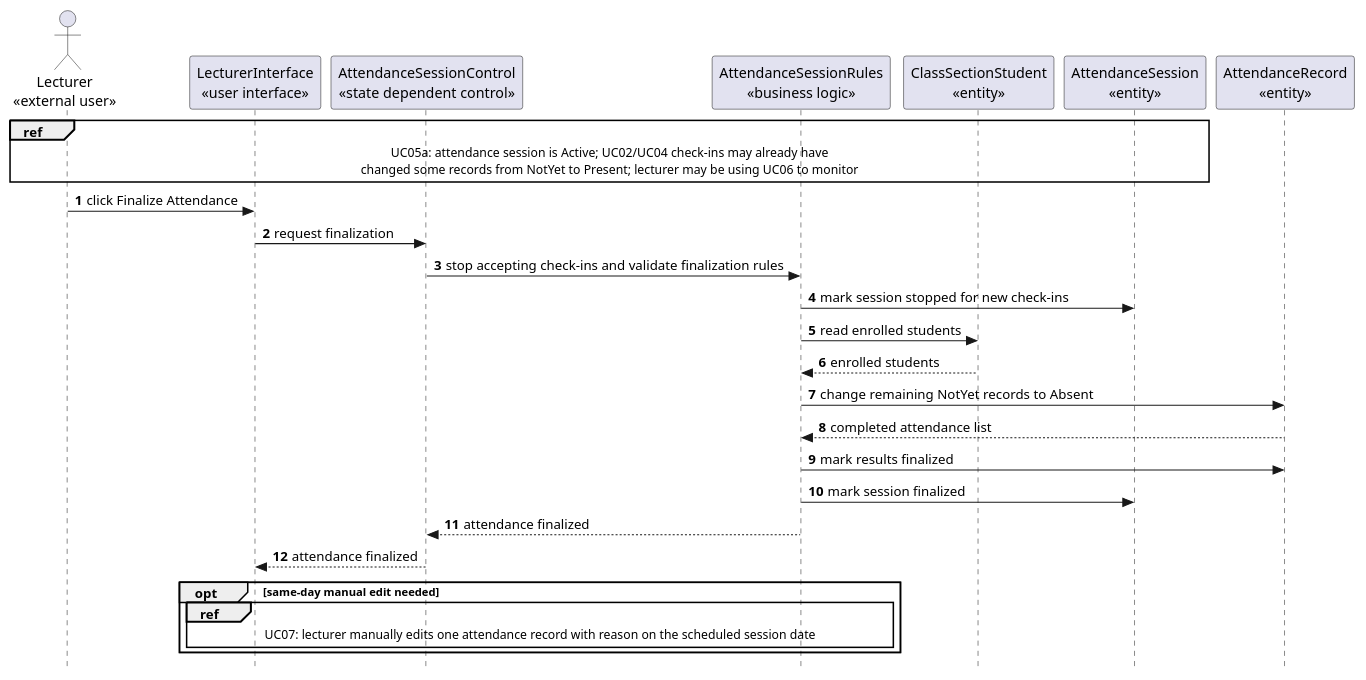
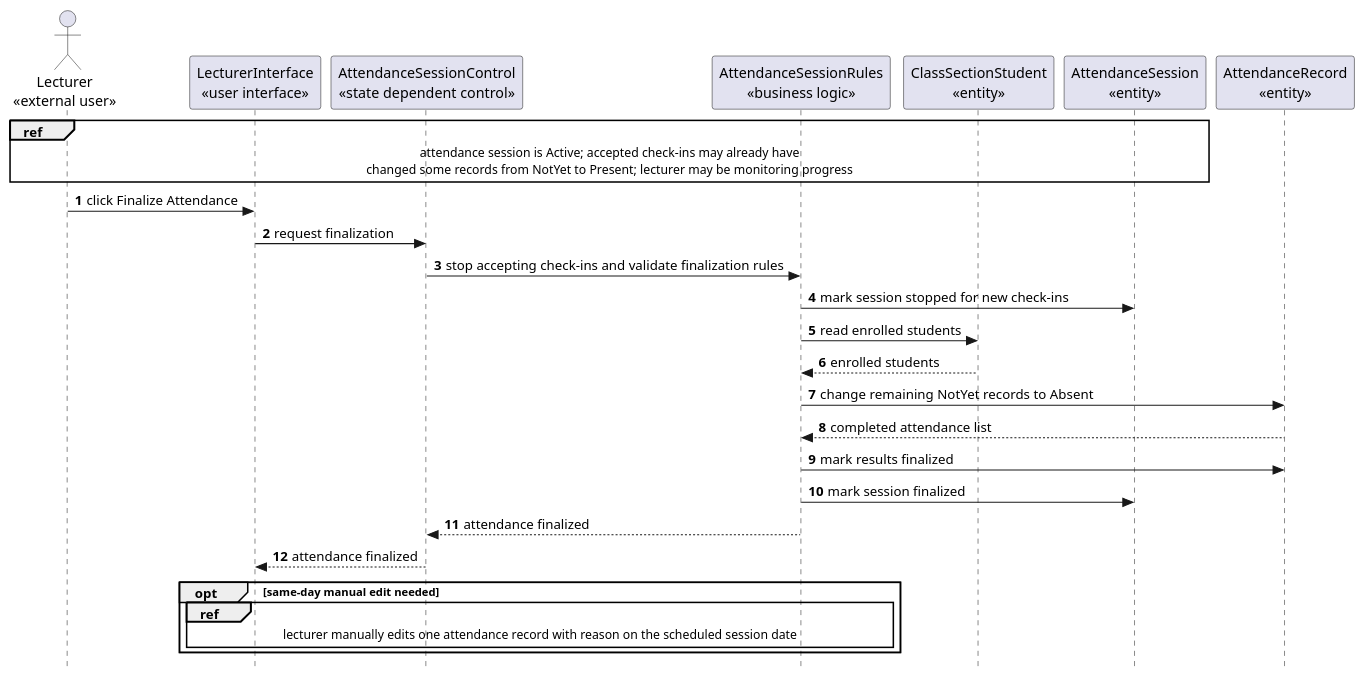
Diagram 17 of 34 in docs/rds/2_Analysis.md (nttung42/SWD392), drawn with PlantUML before and after one commit. The commit also changed other lines of this file and 2 other files, not shown here.

````diff
--- a/docs/rds/2_Analysis.md
+++ b/docs/rds/2_Analysis.md
@@ -859,37 +872,37 @@
 ```plantuml
 @startuml
 skinparam style strictuml
 autonumber
 actor "Lecturer\n«external user»" as Lecturer
 participant "LecturerInterface\n«user interface»" as LecturerUI
 participant "AttendanceSessionControl\n«state dependent control»" as SessionControl
 participant "AttendanceSessionRules\n«business logic»" as SessionRules
 participant "ClassSectionStudent\n«entity»" as ClassSectionStudent
 participant "AttendanceSession\n«entity»" as AttendanceSession
 participant "AttendanceRecord\n«entity»" as AttendanceRecord
 
 ref over Lecturer, AttendanceSession
-  UC05a: attendance session is Active; UC02/UC04 check-ins may already have
-  changed some records from NotYet to Present; lecturer may be using UC06 to monitor
+  attendance session is Active; accepted check-ins may already have
+  changed some records from NotYet to Present; lecturer may be monitoring progress
 end ref
 
 Lecturer -> LecturerUI : click Finalize Attendance
 LecturerUI -> SessionControl : request finalization
 SessionControl -> SessionRules : stop accepting check-ins and validate finalization rules
 SessionRules -> AttendanceSession : mark session stopped for new check-ins
 SessionRules -> ClassSectionStudent : read enrolled students
 ClassSectionStudent --> SessionRules : enrolled students
 SessionRules -> AttendanceRecord : change remaining NotYet records to Absent
 AttendanceRecord --> SessionRules : completed attendance list
 SessionRules -> AttendanceRecord : mark results finalized
 SessionRules -> AttendanceSession : mark session finalized
 SessionRules --> SessionControl : attendance finalized
 SessionControl --> LecturerUI : attendance finalized
 
 opt same-day manual edit needed
   ref over LecturerUI, SessionControl, SessionRules
-    UC07: lecturer manually edits one attendance record with reason on the scheduled session date
+    lecturer manually edits one attendance record with reason on the scheduled session date
   end ref
 end
 @enduml
 ```
````
